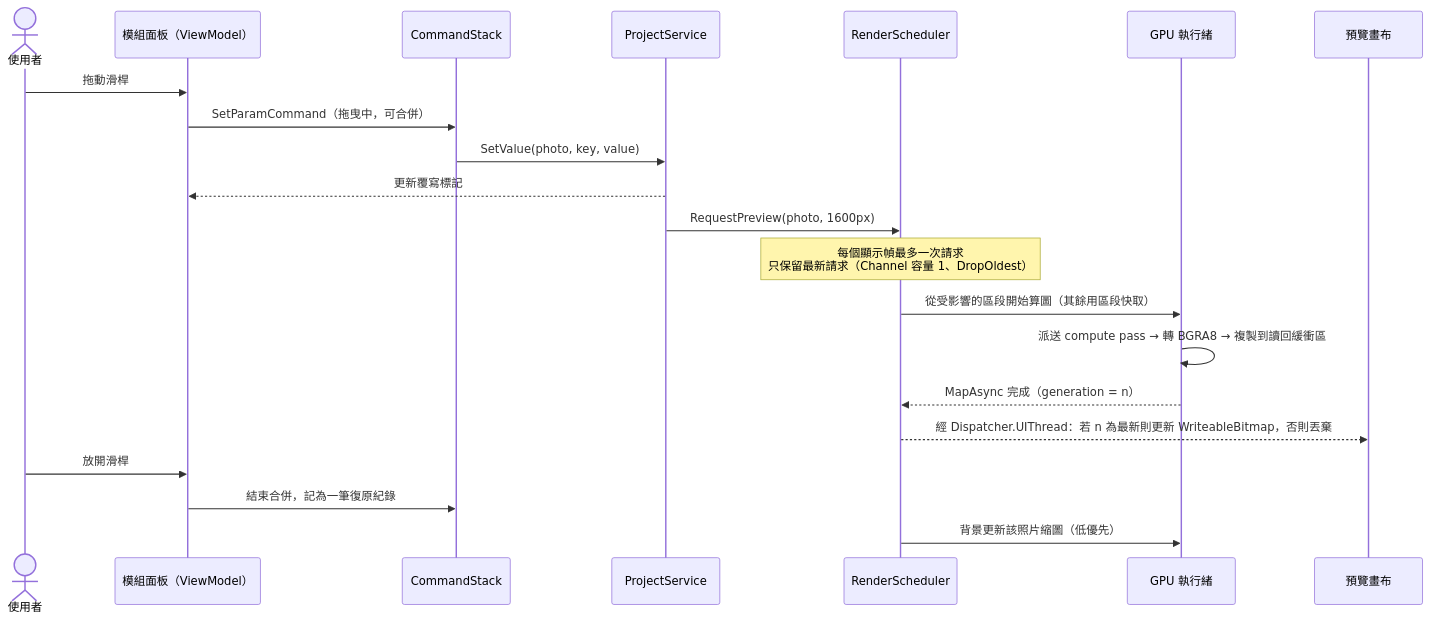
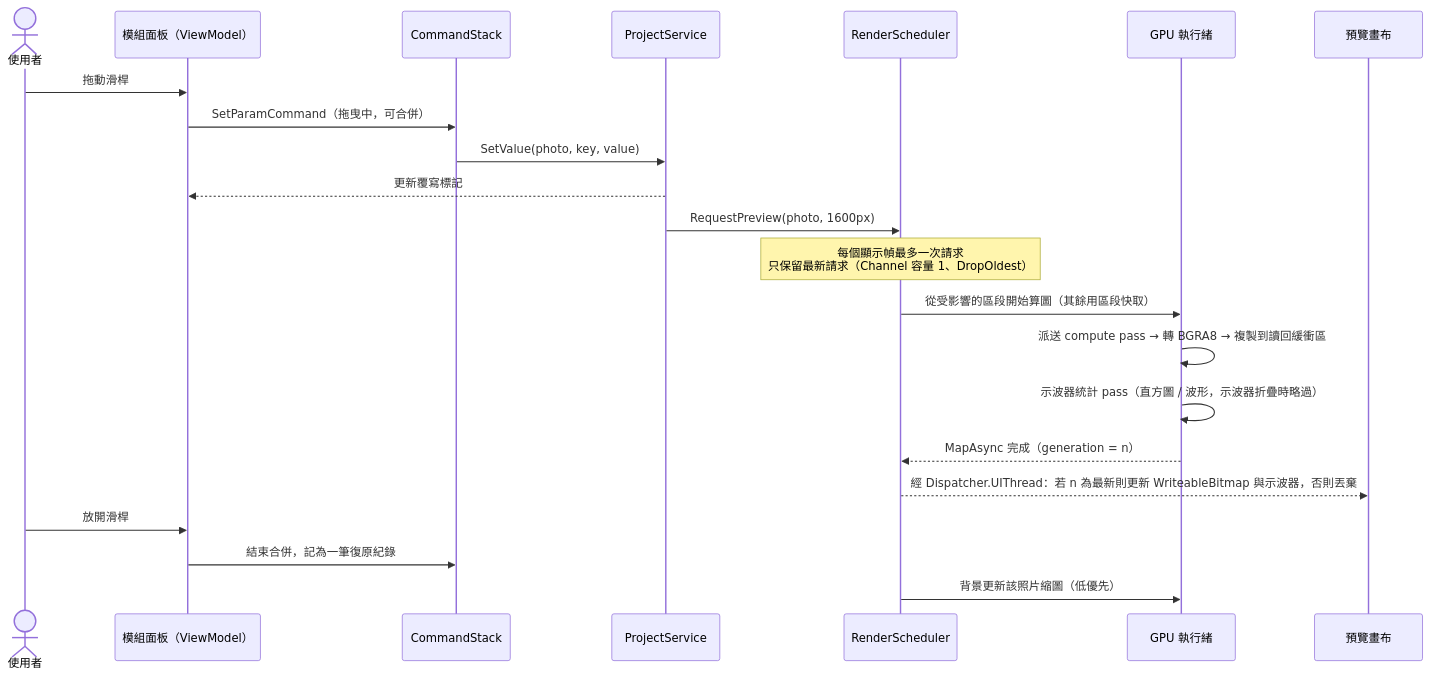
Diagram 20 of 23 in plan.md (minexo79/FilmBatch), drawn with Mermaid before and after one commit. The commit also changed other lines of this file and 34 other files, not shown here.

````diff
--- a/plan.md
+++ b/plan.md
@@ -1451,24 +1624,25 @@
 ```mermaid
 sequenceDiagram
     actor U as 使用者
     participant P as 模組面板（ViewModel）
     participant C as CommandStack
     participant S as ProjectService
     participant R as RenderScheduler
     participant G as GPU 執行緒
     participant V as 預覽畫布
 
     U->>P: 拖動滑桿
     P->>C: SetParamCommand（拖曳中，可合併）
     C->>S: SetValue(photo, key, value)
     S-->>P: 更新覆寫標記
     S->>R: RequestPreview(photo, 1600px)
     Note over R: 每個顯示幀最多一次請求<br/>只保留最新請求（Channel 容量 1、DropOldest）
     R->>G: 從受影響的區段開始算圖（其餘用區段快取）
     G->>G: 派送 compute pass → 轉 BGRA8 → 複製到讀回緩衝區
+    G->>G: 示波器統計 pass（直方圖 / 波形，示波器折疊時略過）
     G-->>R: MapAsync 完成（generation = n）
-    R-->>V: 經 Dispatcher.UIThread：若 n 為最新則更新 WriteableBitmap，否則丟棄
+    R-->>V: 經 Dispatcher.UIThread：若 n 為最新則更新 WriteableBitmap 與示波器，否則丟棄
     U->>P: 放開滑桿
     P->>C: 結束合併，記為一筆復原紀錄
     R->>G: 背景更新該照片縮圖（低優先）
 ```
````
